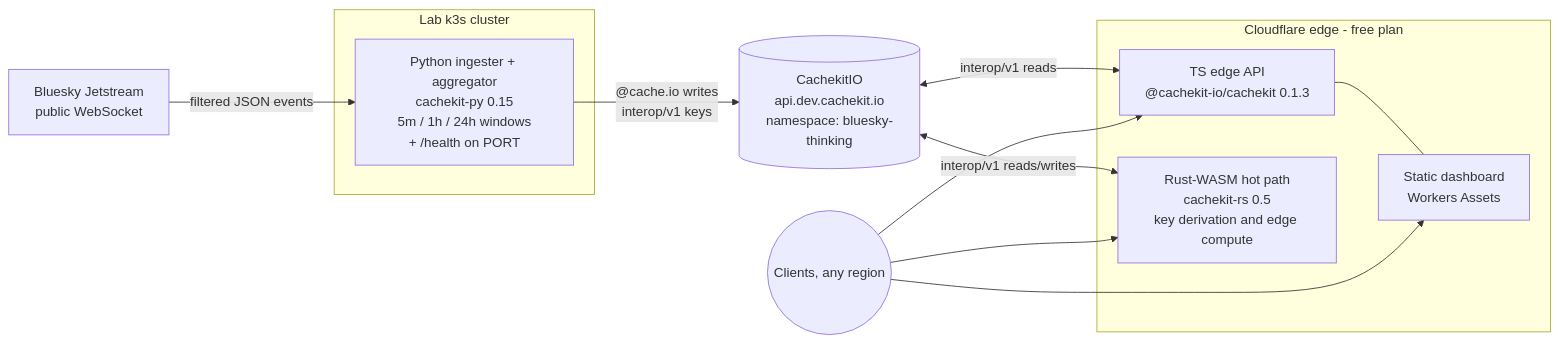
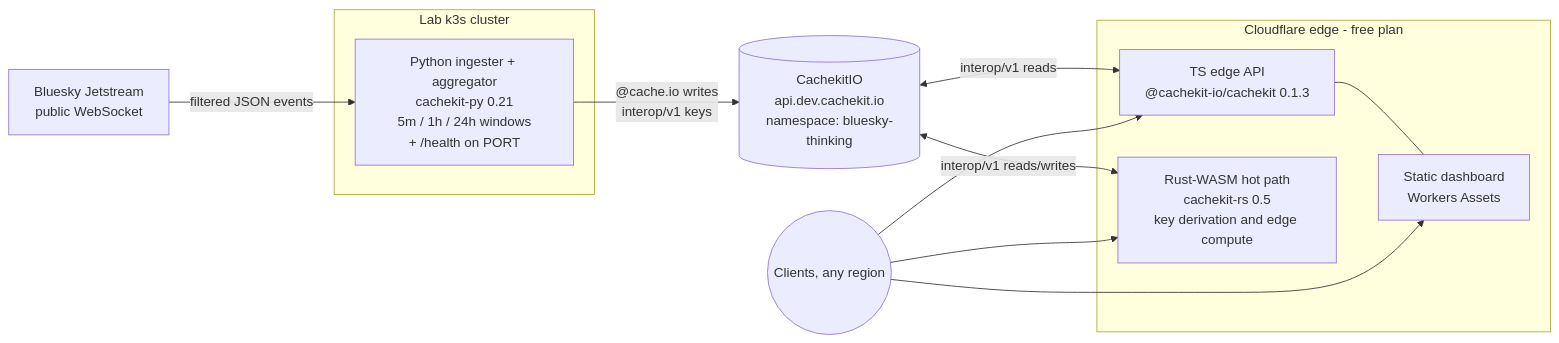
One commit to cachekit-io/bluesky-thinking changed the diagram in README.md. Above: the diagram before and after it, drawn with Mermaid. The commit also changed 3 other files, not shown here.

````diff
--- a/README.md
+++ b/README.md
@@ -33,21 +33,21 @@
 ```mermaid
 flowchart LR
     JS[Bluesky Jetstream\npublic WebSocket] -->|filtered JSON events| ING
 
     subgraph Lab k3s cluster
-        ING[Python ingester + aggregator\ncachekit-py 0.15\n5m / 1h / 24h windows\n+ /health on PORT]
+        ING[Python ingester + aggregator\ncachekit-py 0.21\n5m / 1h / 24h windows\n+ /health on PORT]
     end
 
     ING -->|"@cache.io writes\ninterop/v1 keys"| CK[(CachekitIO\napi.dev.cachekit.io\nnamespace: bluesky-thinking)]
 
     subgraph Cloudflare edge - free plan
         API[TS edge API\n@cachekit-io/cachekit 0.1.3]
         WASM[Rust-WASM hot path\ncachekit-rs 0.5\nkey derivation and edge compute]
         DASH[Static dashboard\nWorkers Assets]
     end
 
     CK <-->|interop/v1 reads| API
     CK <-->|interop/v1 reads/writes| WASM
     API --- DASH
     Browser((Clients, any region)) --> DASH & API & WASM
 ```
````
